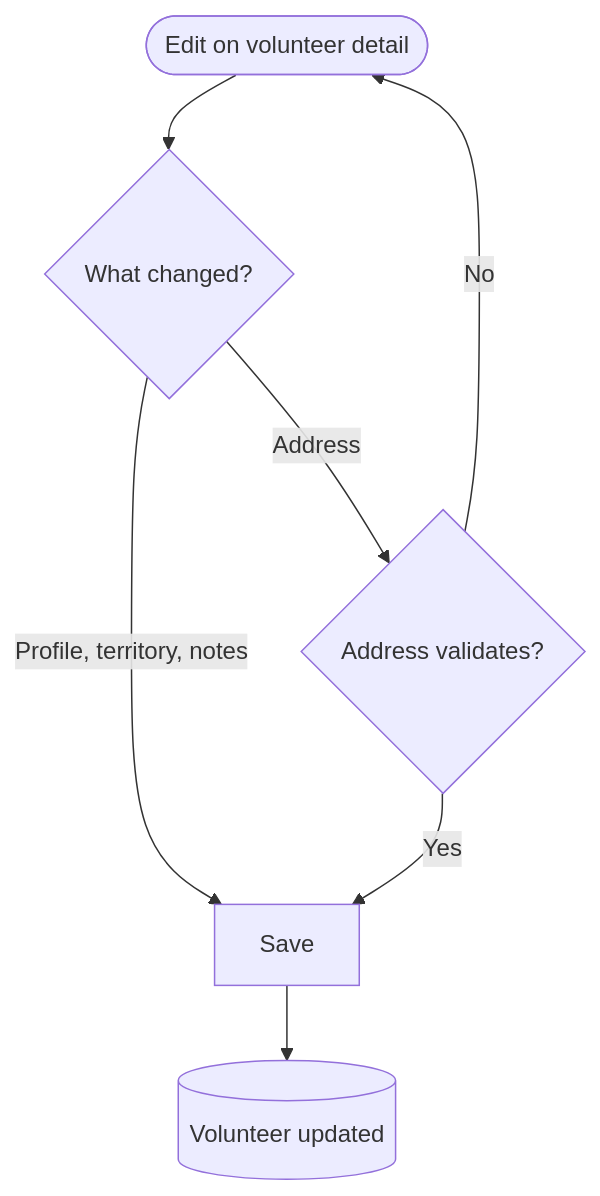
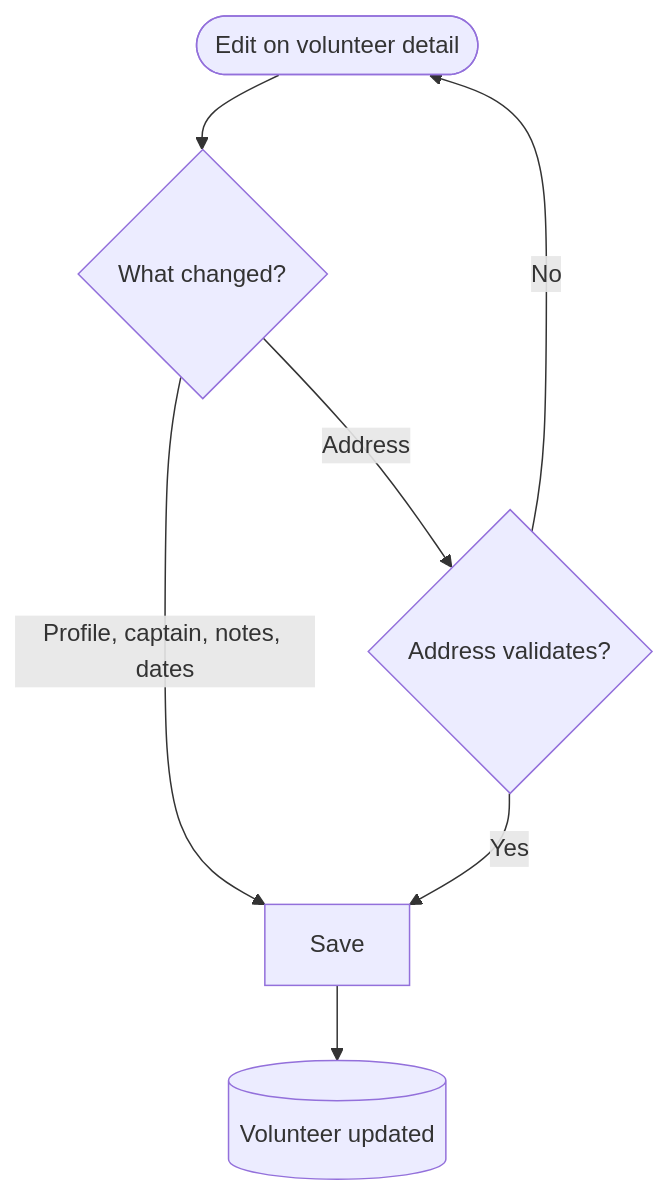
One commit to uwblueprint/beach-metro changed the fourth of 11 diagrams in docs/people_management_flow_v1.md. Above: the diagram before and after it, drawn with Mermaid. The commit also changed other lines of this file, not shown here.

First line of the commit message:
Redefine territory as volunteers and commercial drops, captain-direct assignment, and manual-only retirement (BM-24)

````diff
--- a/docs/people_management_flow_v1.md
+++ b/docs/people_management_flow_v1.md
@@ -112,9 +114,9 @@
 ```mermaid
 flowchart TD
     Start([Edit on volunteer detail]) --> Field{What changed?}
-    Field -->|Profile, territory, notes| Save[Save]
+    Field -->|Profile, captain, notes, dates| Save[Save]
     Field -->|Address| Revalidate{Address validates?}
     Revalidate -->|No| Start
     Revalidate -->|Yes| Save
     Save --> Done[(Volunteer updated)]
 ```
````
